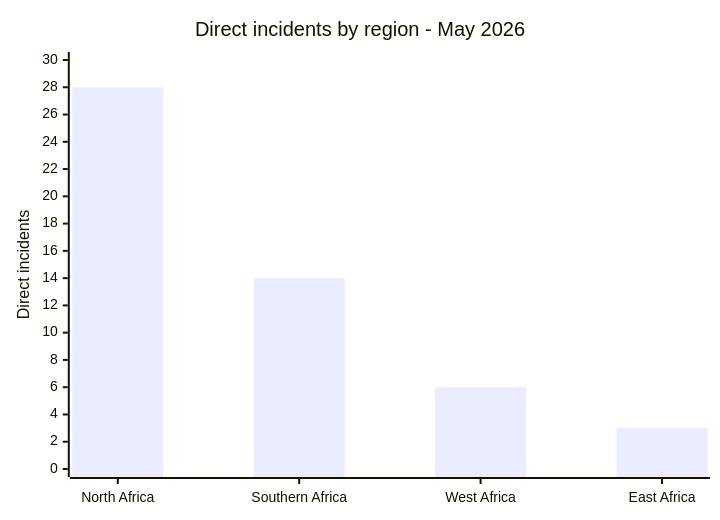
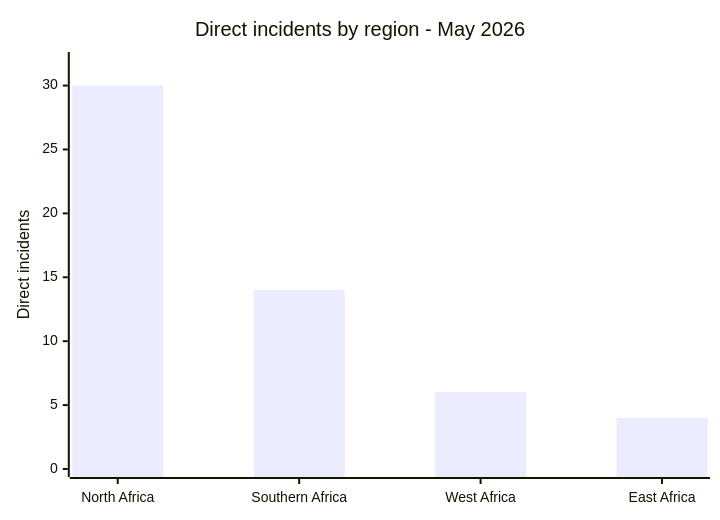
The fifth of 7 diagrams in statistics/2026/05-may/README.md (Hatchepsoute/AFRINTEL), drawn with Mermaid before and after one commit. The commit also changed other lines of this file and 28 other files, not shown here.

````diff
--- a/statistics/2026/05-may/README.md
+++ b/statistics/2026/05-may/README.md
@@ -174,7 +176,7 @@
 ```mermaid
 xychart-beta
     title "Direct incidents by region - May 2026"
     x-axis ["North Africa","Southern Africa","West Africa","East Africa"]
-    y-axis "Direct incidents" 0 --> 30
-    bar [28,14,6,3]
+    y-axis "Direct incidents" 0 --> 32
+    bar [30,14,6,4]
 ```
````
